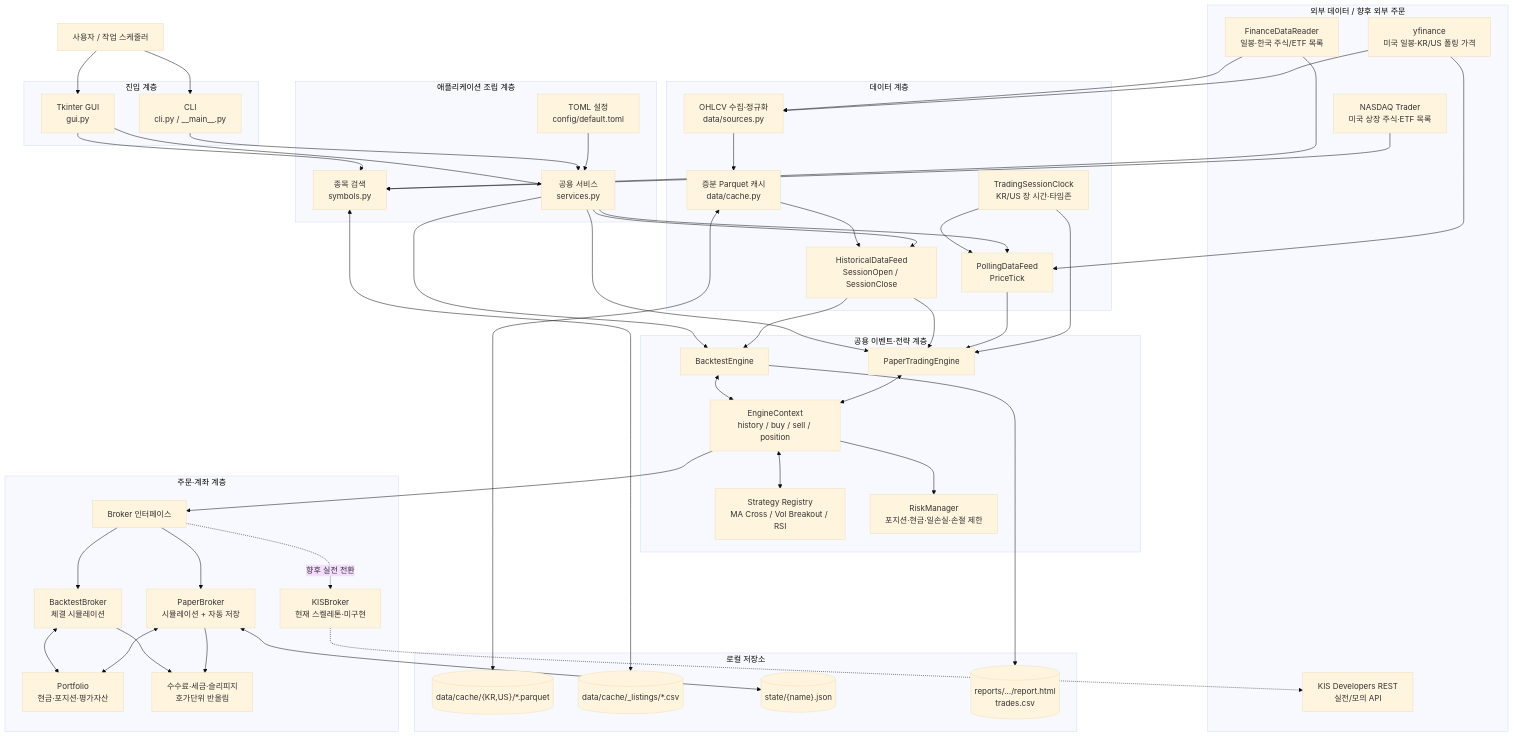
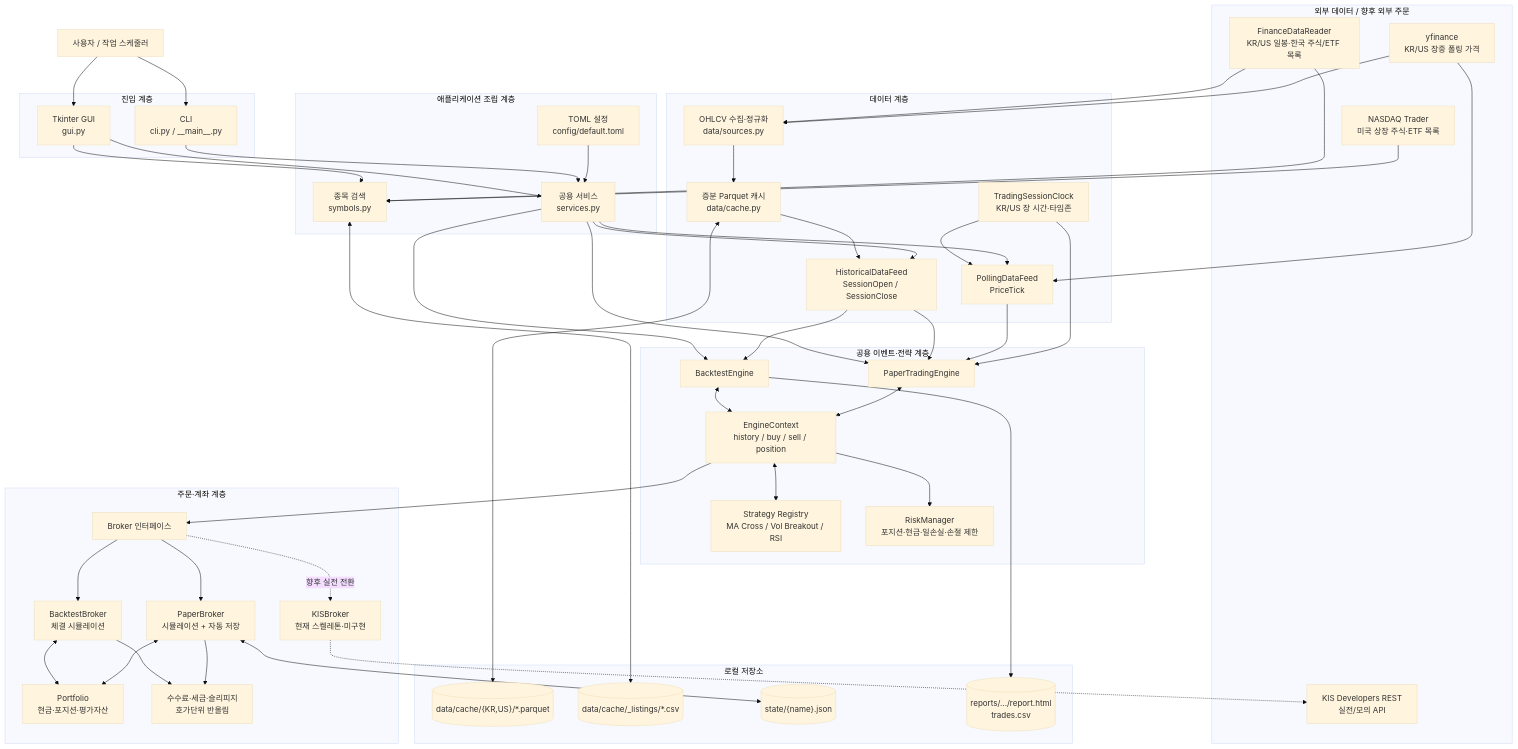
One commit to kjw413/trading-bot changed the first of 5 diagrams in docs/architecture.md. Above: the diagram before and after it, drawn with Mermaid (base theme). The commit also changed other lines of this file and 6 other files, not shown here.

```diff
--- a/docs/architecture.md
+++ b/docs/architecture.md
@@ -22,8 +22,8 @@
     end
 
     subgraph EXTERNAL["외부 데이터 / 향후 외부 주문"]
-        FDR["FinanceDataReader<br/>일봉·한국 주식/ETF 목록"]
-        YF["yfinance<br/>미국 일봉·KR/US 폴링 가격"]
+        FDR["FinanceDataReader<br/>KR/US 일봉·한국 주식/ETF 목록"]
+        YF["yfinance<br/>KR/US 장중 폴링 가격"]
         Nasdaq["NASDAQ Trader<br/>미국 상장 주식·ETF 목록"]
         KISAPI["KIS Developers REST<br/>실전/모의 API"]
     end
```
